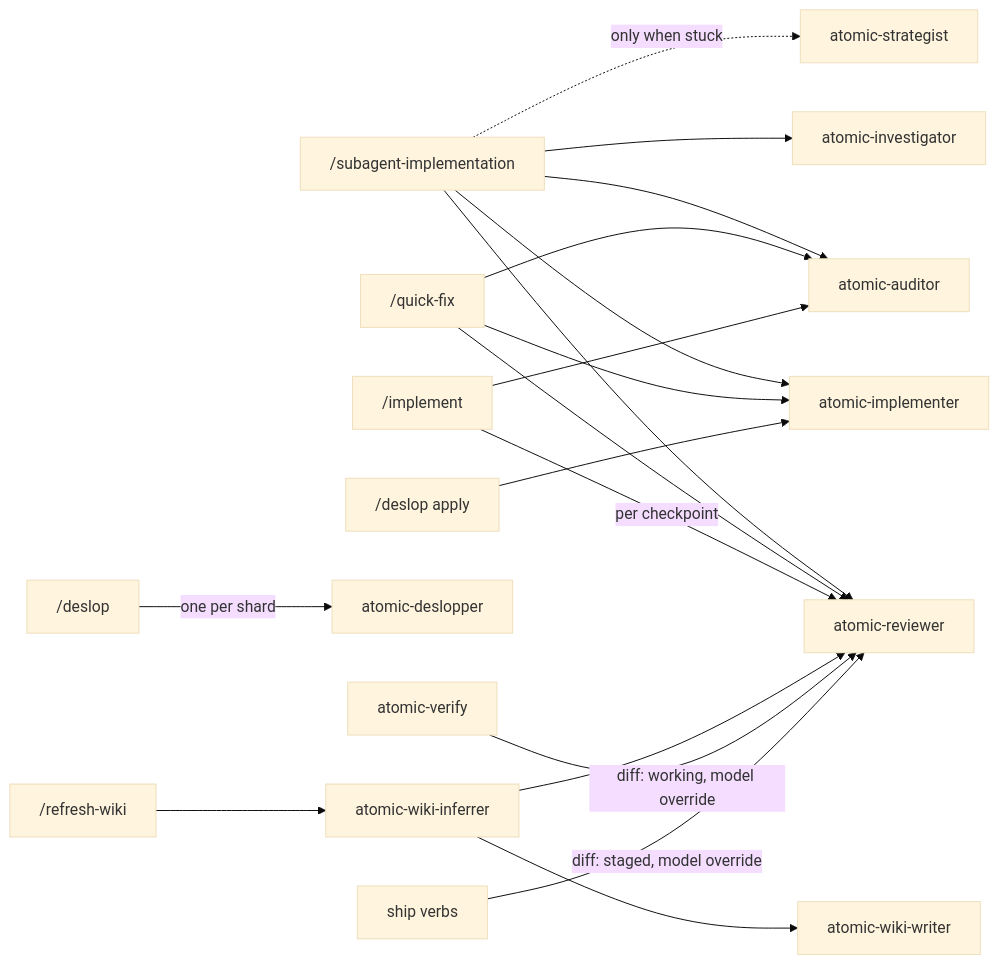
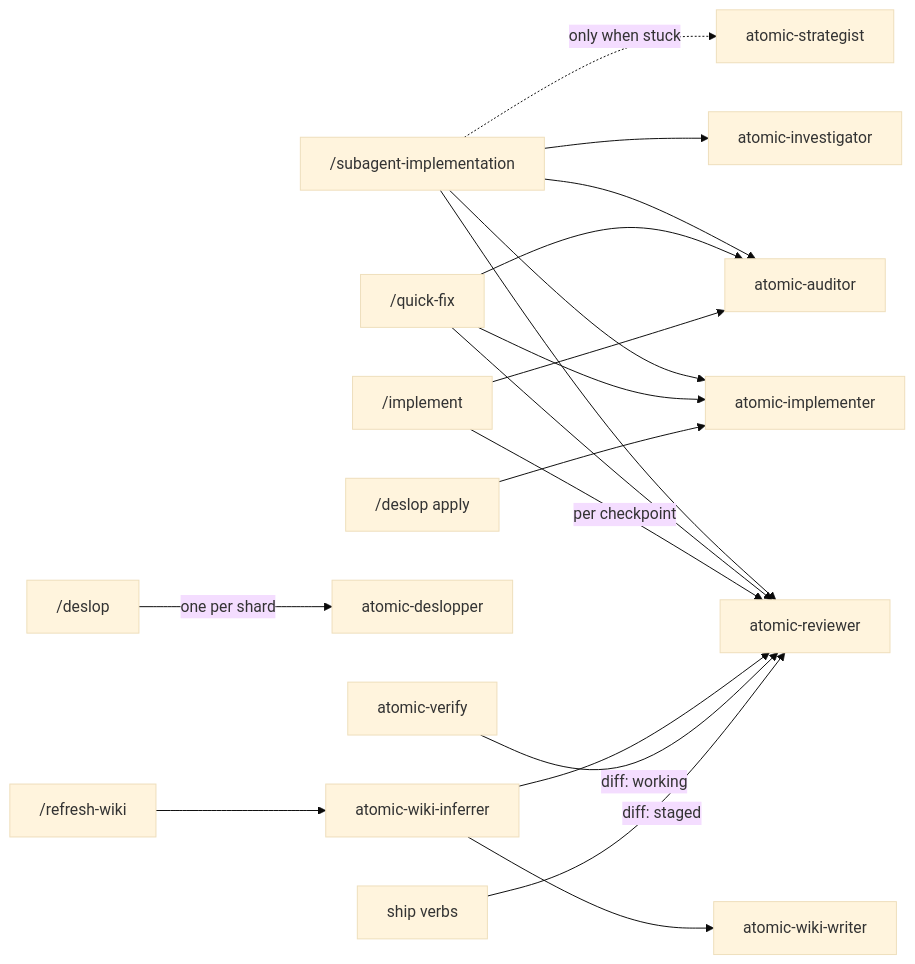
Before and after one commit to damusix/atomic-claude: the first of 2 diagrams in docs/reference/agents.md, drawn with Mermaid (base theme). The commit also changed other lines of this file and 795 other files, not shown here.

First line of the commit message:
feat!: run Atomic on Claude Code, OMP, and Codex

````diff
--- a/docs/reference/agents.md
+++ b/docs/reference/agents.md
@@ -10,22 +10,22 @@
 ```mermaid
 flowchart LR
     accTitle: Agent dispatch topology
-    accDescr: /subagent-implementation dispatches the investigator, implementer, reviewer, and auditor, and the strategist only when stuck. /quick-fix runs the same implementer, reviewer, and auditor without a spec. /implement dispatches no implementer at all, driving the reviewer once per checkpoint and the auditor once at the end. /refresh-wiki dispatches the wiki-inferrer, which dispatches the wiki-writer and the reviewer. /deslop fans out one deslopper per shard, and /deslop apply drives the implementer. atomic-verify and the ship verbs' review gate each dispatch the reviewer, on the session's model via an explicit override, on code the main agent wrote ad-hoc, outside any loop.
+    accDescr: /subagent-implementation dispatches the investigator, implementer, reviewer, and auditor, and the strategist only when stuck. /quick-fix runs the same implementer, reviewer, and auditor without a spec. /implement dispatches no implementer at all, driving the reviewer once per checkpoint and the auditor once at the end. /refresh-wiki dispatches the wiki-inferrer, which dispatches the wiki-writer and the reviewer. /deslop fans out one deslopper per shard, and /deslop apply drives the implementer. atomic-verify and the ship verbs' review gate each dispatch the reviewer on code the main agent wrote ad-hoc, outside any loop.
     SI["/subagent-implementation"] --> INV["atomic-investigator"]
     SI --> IMP["atomic-implementer"]
     SI --> REV["atomic-reviewer"]
     SI --> AUD["atomic-auditor"]
     SI -.->|only when stuck| STR["atomic-strategist"]
     QF["/quick-fix"] --> IMP
     QF --> REV
     QF --> AUD
     IM["/implement"] -->|per checkpoint| REV
     IM --> AUD
     RW["/refresh-wiki"] --> WI["atomic-wiki-inferrer"]
     WI --> WW["atomic-wiki-writer"]
     WI --> REV
     DS["/deslop"] -->|one per shard| DSL["atomic-deslopper"]
     DSA["/deslop apply"] --> IMP
-    AV["atomic-verify"] -->|diff: working, model override| REV
-    SC["ship verbs"] -->|diff: staged, model override| REV
+    AV["atomic-verify"] -->|diff: working| REV
+    SC["ship verbs"] -->|diff: staged| REV
 ```
````
